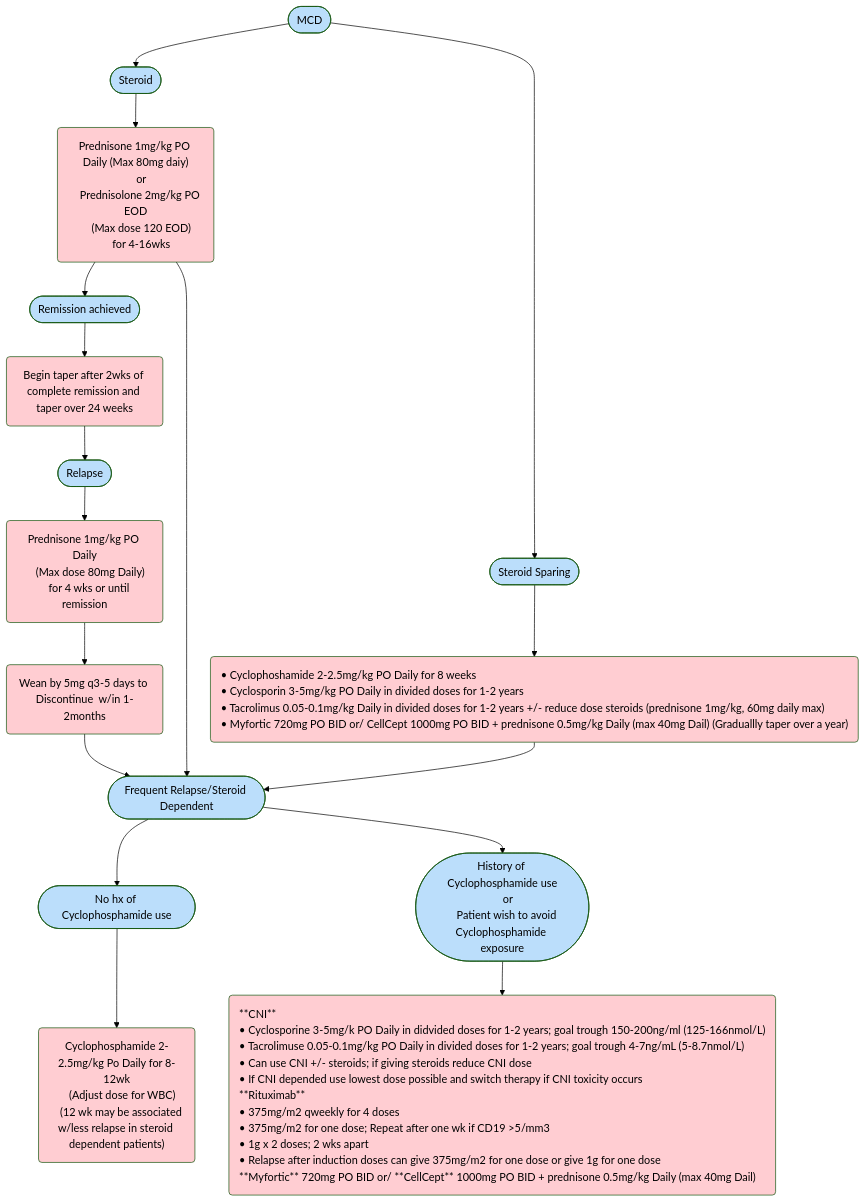
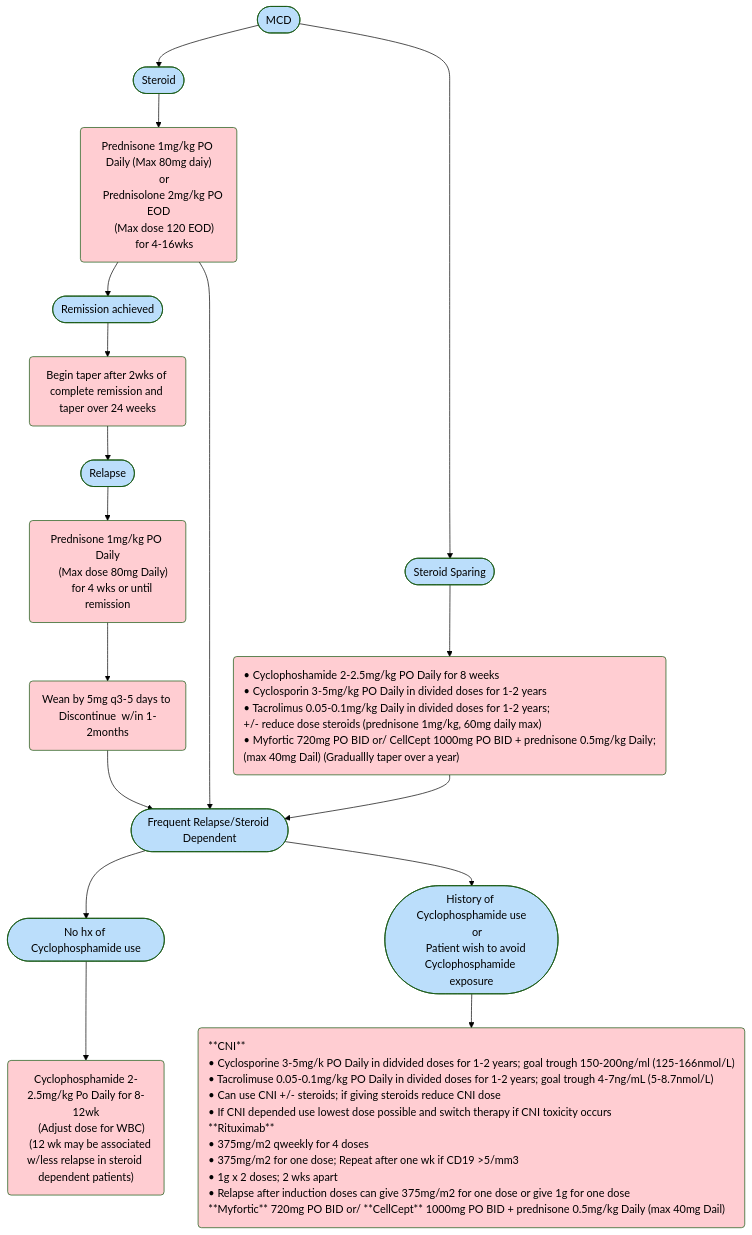
Before and after one commit to TTUNEPH2025/GN: the diagram in docs/MCD.md, drawn with Mermaid (forest theme).

````diff
--- a/docs/MCD.md
+++ b/docs/MCD.md
@@ -41,62 +41,64 @@
 ```mermaid
 flowchart TB
     A(["MCD"]) --> B(["Steroid"]) & n1(["Steroid Sparing"])
     B --> C["Prednisone 1mg/kg PO Daily (Max 80mg daiy)
     or
     Prednisolone 2mg/kg PO EOD
     (Max dose 120 EOD)
     for 4-16wks"]
     C --> n2(["Remission achieved"]) & n8(["Frequent Relapse/Steroid Dependent"])
     n2 --> n3["Begin taper after 2wks of complete remission and taper over 24 weeks"]
     n3 --> n4(["Relapse"])
     n4 --> n5["Prednisone 1mg/kg PO Daily
     (Max dose 80mg Daily)
     for 4 wks or until remission"]
     n5 --> n6["Wean by 5mg q3-5 days to Discontinue  w/in 1-2months"]
     n1 --> n7["• Cyclophoshamide 2-2.5mg/kg PO Daily for 8 weeks
     • Cyclosporin 3-5mg/kg PO Daily in divided doses for 1-2 years
-    • Tacrolimus 0.05-0.1mg/kg Daily in divided doses for 1-2 years +/- reduce dose steroids (prednisone 1mg/kg, 60mg daily max)
-    • Myfortic 720mg PO BID or/ CellCept 1000mg PO BID + prednisone 0.5mg/kg Daily (max 40mg Dail) (Graduallly taper over a year)"]
+    • Tacrolimus 0.05-0.1mg/kg Daily in divided doses for 1-2 years;
+ +/- reduce dose steroids (prednisone 1mg/kg, 60mg daily max)
+    • Myfortic 720mg PO BID or/ CellCept 1000mg PO BID + prednisone 0.5mg/kg Daily;
+(max 40mg Dail) (Graduallly taper over a year)"]
     n7 --> n8
     n6 --> n8
     n8 --> n9(["No hx of Cyclophosphamide use"]) & n10(["History of Cyclophosphamide use
     or
     Patient wish to avoid Cyclophosphamide exposure"])
     n9 --> n11["Cyclophosphamide 2-2.5mg/kg Po Daily for 8-12wk
     (Adjust dose for WBC)
     (12 wk may be associated w/less relapse in steroid dependent patients)"]
     n10 --> n12["**CNI**
     • Cyclosporine 3-5mg/k PO Daily in didvided doses for 1-2 years; goal trough 150-200ng/ml (125-166nmol/L)
     • Tacrolimuse 0.05-0.1mg/kg PO Daily in divided doses for 1-2 years; goal trough 4-7ng/mL (5-8.7nmol/L)
     • Can use CNI +/- steroids; if giving steroids reduce CNI dose
     • If CNI depended use lowest dose possible and switch therapy if CNI toxicity occurs
     **Rituximab**
     • 375mg/m2 qweekly for 4 doses
     • 375mg/m2 for one dose; Repeat after one wk if CD19 >5/mm3
     • 1g x 2 doses; 2 wks apart
     • Relapse after induction doses can give 375mg/m2 for one dose or give 1g for one dose
     **Myfortic** 720mg PO BID or/ **CellCept** 1000mg PO BID + prednisone 0.5mg/kg Daily (max 40mg Dail)"]
     C@{ shape: rounded}
     n3@{ shape: rounded}
     n5@{ shape: rounded}
     n6@{ shape: rounded}
     n7@{ shape: rounded}
     n11@{ shape: rounded}
     n12@{ shape: rounded}
     style A fill:#BBDEFB
     style B fill:#BBDEFB
     style n1 fill:#BBDEFB
     style C fill:#FFCDD2,color:#000000
     style n2 fill:#BBDEFB
     style n8 fill:#BBDEFB
     style n3 fill:#FFCDD2
     style n4 fill:#BBDEFB
     style n5 fill:#FFCDD2
     style n6 fill:#FFCDD2
     style n7 color:#000000,fill:#FFCDD2
     style n9 fill:#BBDEFB,color:#000000
     style n10 fill:#BBDEFB
     style n11 fill:#FFCDD2
     style n12 fill:#FFCDD2,color:#000000,text-align:left,white-space:nowrap
     style n7 fill:#FFCDD2,color:#000000,text-align:left,white-space:nowrap
 ```
````
